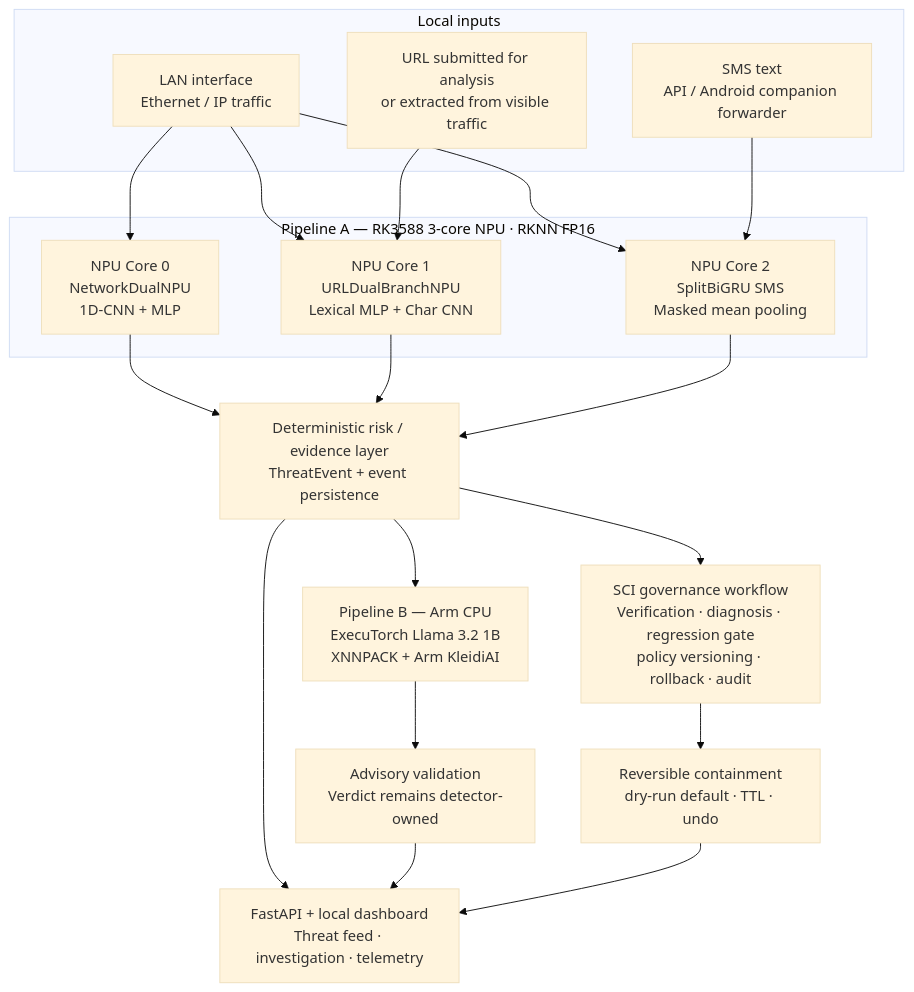
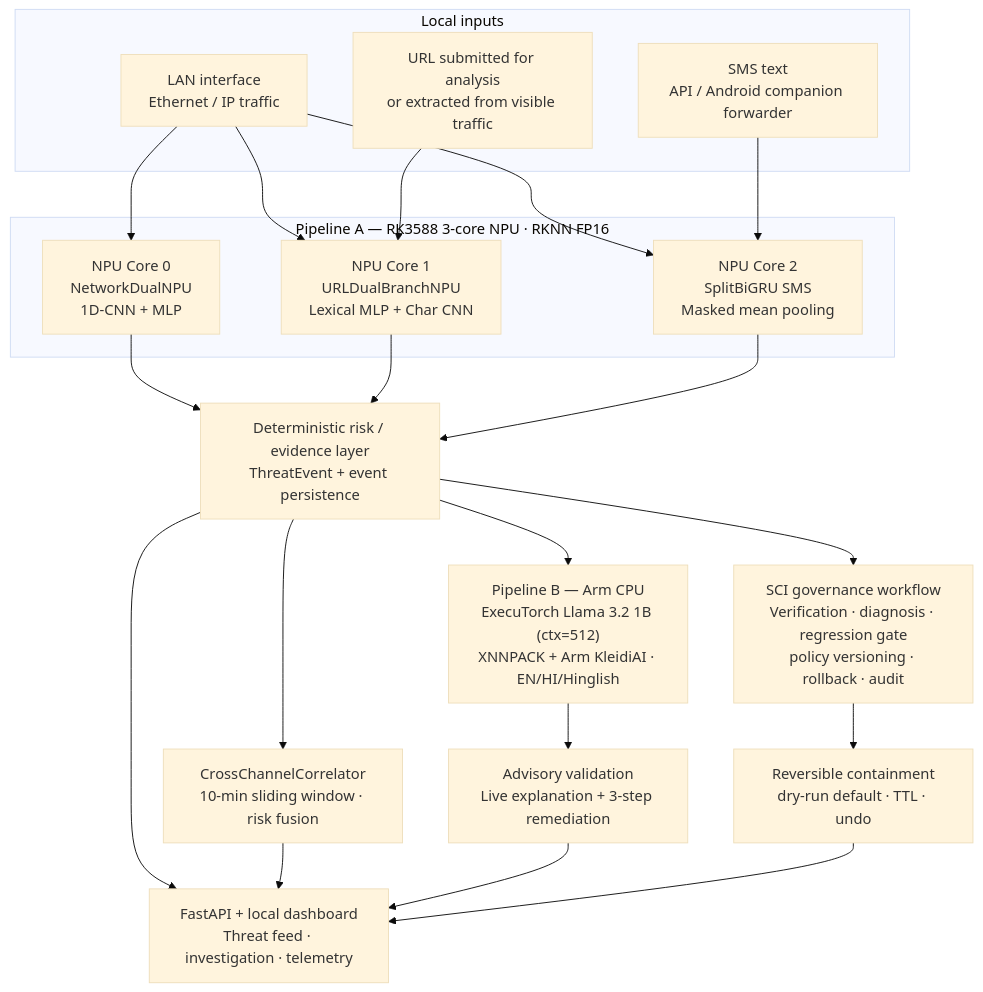
Before and after one commit to RoyKandru/EdgeShield_AI: the diagram in README.md, drawn with Mermaid (base theme). The commit also changed other lines of this file, not shown here.

````diff
--- a/README.md
+++ b/README.md
@@ -77,33 +77,35 @@
 ```mermaid
 flowchart TB
     subgraph INPUTS["Local inputs"]
       LAN["LAN interface<br/>Ethernet / IP traffic"]
       URL["URL submitted for analysis<br/>or extracted from visible traffic"]
       SMS["SMS text<br/>API / Android companion forwarder"]
     end
 
     subgraph PIPEA["Pipeline A — RK3588 3-core NPU · RKNN FP16"]
       N0["NPU Core 0<br/>NetworkDualNPU<br/>1D-CNN + MLP"]
       N1["NPU Core 1<br/>URLDualBranchNPU<br/>Lexical MLP + Char CNN"]
       N2["NPU Core 2<br/>SplitBiGRU SMS<br/>Masked mean pooling"]
     end
 
     LAN --> N0
     LAN --> N1
     URL --> N1
     LAN --> N2
     SMS --> N2
 
     N0 --> FUSION["Deterministic risk / evidence layer<br/>ThreatEvent + event persistence"]
     N1 --> FUSION
     N2 --> FUSION
 
     FUSION --> UI["FastAPI + local dashboard<br/>Threat feed · investigation · telemetry"]
-    FUSION --> ADVISORY["Pipeline B — Arm CPU<br/>ExecuTorch Llama 3.2 1B<br/>XNNPACK + Arm KleidiAI"]
-    ADVISORY --> VALIDATOR["Advisory validation<br/>Verdict remains detector-owned"]
+    FUSION --> CORR["CrossChannelCorrelator<br/>10-min sliding window · risk fusion"]
+    CORR --> UI
+    FUSION --> ADVISORY["Pipeline B — Arm CPU<br/>ExecuTorch Llama 3.2 1B (ctx=512)<br/>XNNPACK + Arm KleidiAI · EN/HI/Hinglish"]
+    ADVISORY --> VALIDATOR["Advisory validation<br/>Live explanation + 3-step remediation"]
     VALIDATOR --> UI
 
     FUSION --> SCI["SCI governance workflow<br/>Verification · diagnosis · regression gate<br/>policy versioning · rollback · audit"]
     SCI --> RESPONSE["Reversible containment<br/>dry-run default · TTL · undo"]
     RESPONSE --> UI
 ```
````
